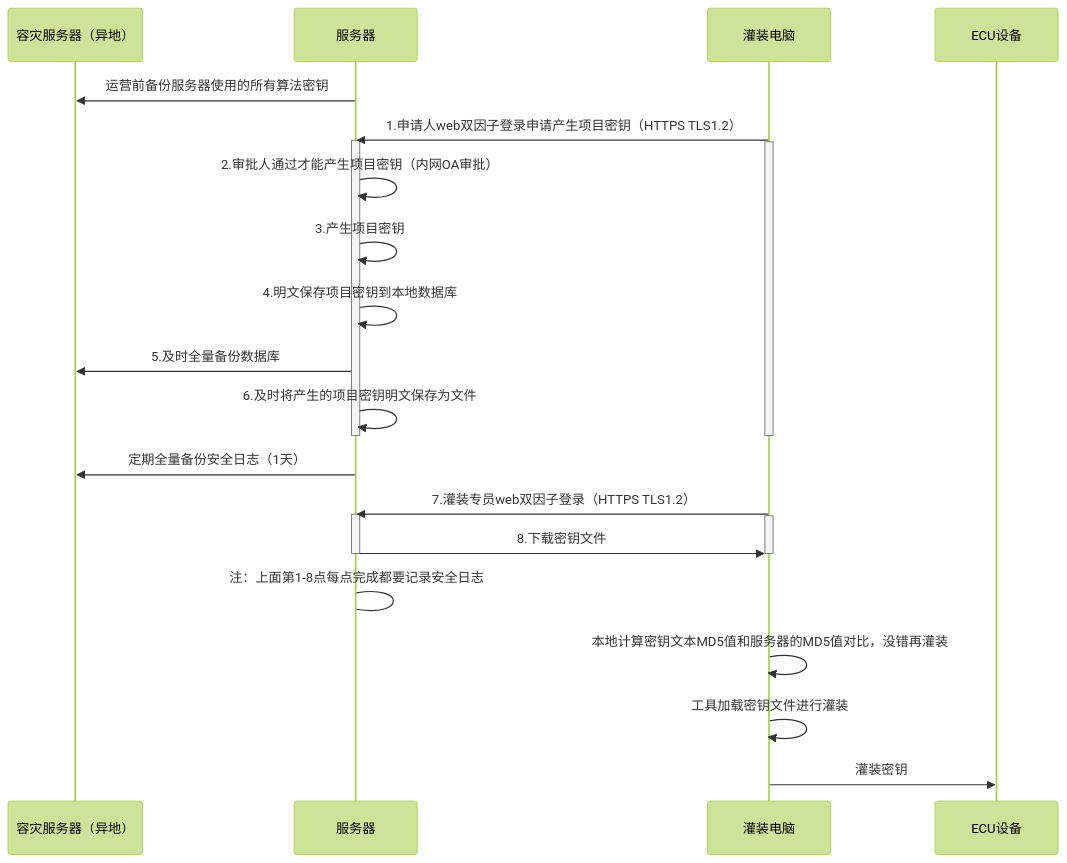
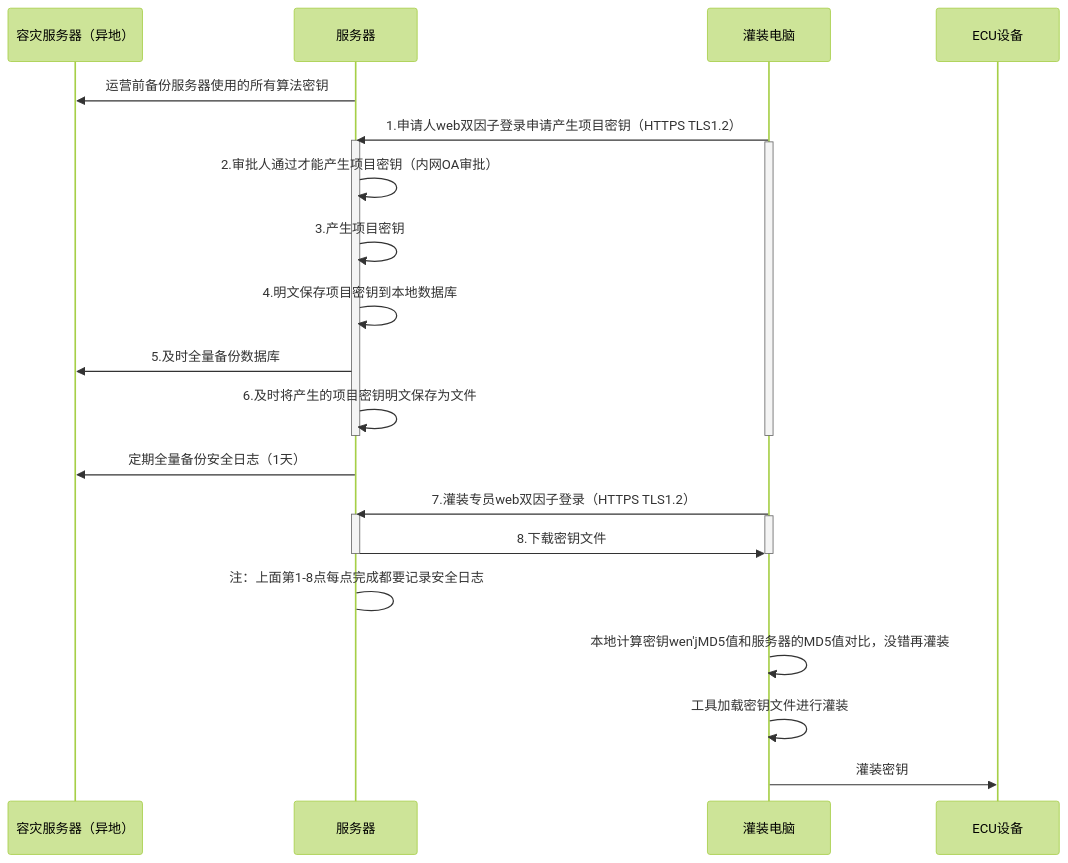
One commit to facebook-cloud/iodraw-files changed the diagram in all/未命名-17.md. Above: the diagram before and after it, drawn with Mermaid (forest theme).

Commit message:
2026-03-06 10:20:04 update

````diff
--- a/all/未命名-17.md
+++ b/all/未命名-17.md
@@ -1,34 +1,34 @@
 ```mermaid
 sequenceDiagram
     participant A as 容灾服务器（异地）
     participant B as 服务器
     participant D as 灌装电脑
     participant E as ECU设备
 
     B->>A: 运营前备份服务器使用的所有算法密钥
     D->>B: 1.申请人web双因子登录申请产生项目密钥（HTTPS TLS1.2）
     activate B
     activate D
     B->>B: 2.审批人通过才能产生项目密钥（内网OA审批）
     B->>B: 3.产生项目密钥
     B->>B: 4.明文保存项目密钥到本地数据库
     B->>A: 5.及时全量备份数据库
     B->>B: 6.及时将产生的项目密钥明文保存为文件
     deactivate B
     deactivate D
 
     B->>A: 定期全量备份安全日志（1天）
     
     D->>B: 7.灌装专员web双因子登录（HTTPS TLS1.2）
     activate B
     activate D
     B->>D: 8.下载密钥文件
     deactivate B
     deactivate D
     B->B: 注：上面第1-8点每点完成都要记录安全日志
 
-    D->>D:本地计算密钥文本MD5值和服务器的MD5值对比，没错再灌装
+    D->>D:本地计算密钥wen'jMD5值和服务器的MD5值对比，没错再灌装
     D->>D:工具加载密钥文件进行灌装
     
     D->>E: 灌装密钥
 ```
````
